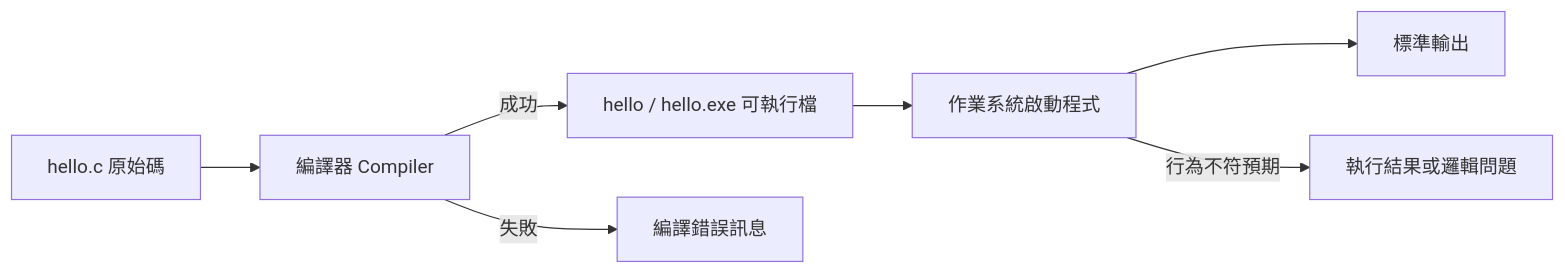
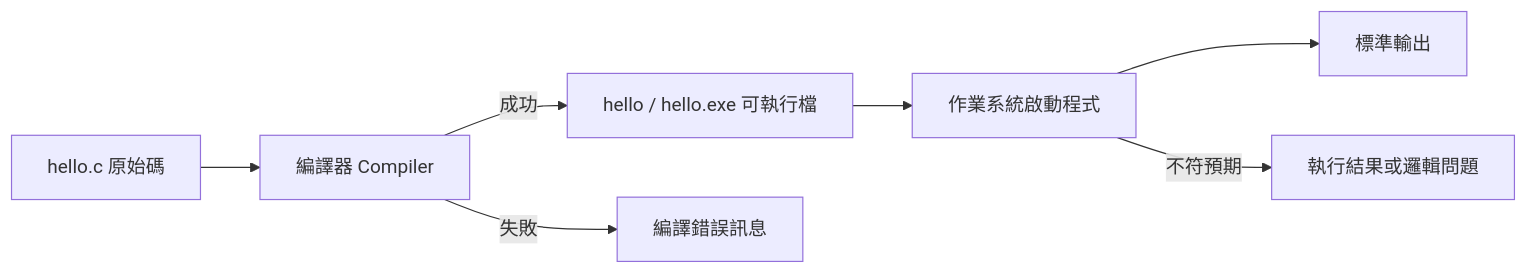
The diagram in materials/preparatory/unit-01-execution.zh-TW.md (inred329/summer_pre_course_2026), drawn with Mermaid before and after one commit. The commit also changed other lines of this file, not shown here.

````diff
--- a/materials/preparatory/unit-01-execution.zh-TW.md
+++ b/materials/preparatory/unit-01-execution.zh-TW.md
@@ -107,9 +69,9 @@
 ```mermaid
 flowchart LR
     S[hello.c 原始碼] --> C[編譯器 Compiler]
     C -->|成功| E[hello / hello.exe 可執行檔]
     C -->|失敗| CE[編譯錯誤訊息]
     E --> R[作業系統啟動程式]
     R --> O[標準輸出]
-    R -->|行為不符預期| RE[執行結果或邏輯問題]
+    R -->|不符預期| RE[執行結果或邏輯問題]
 ```
````
